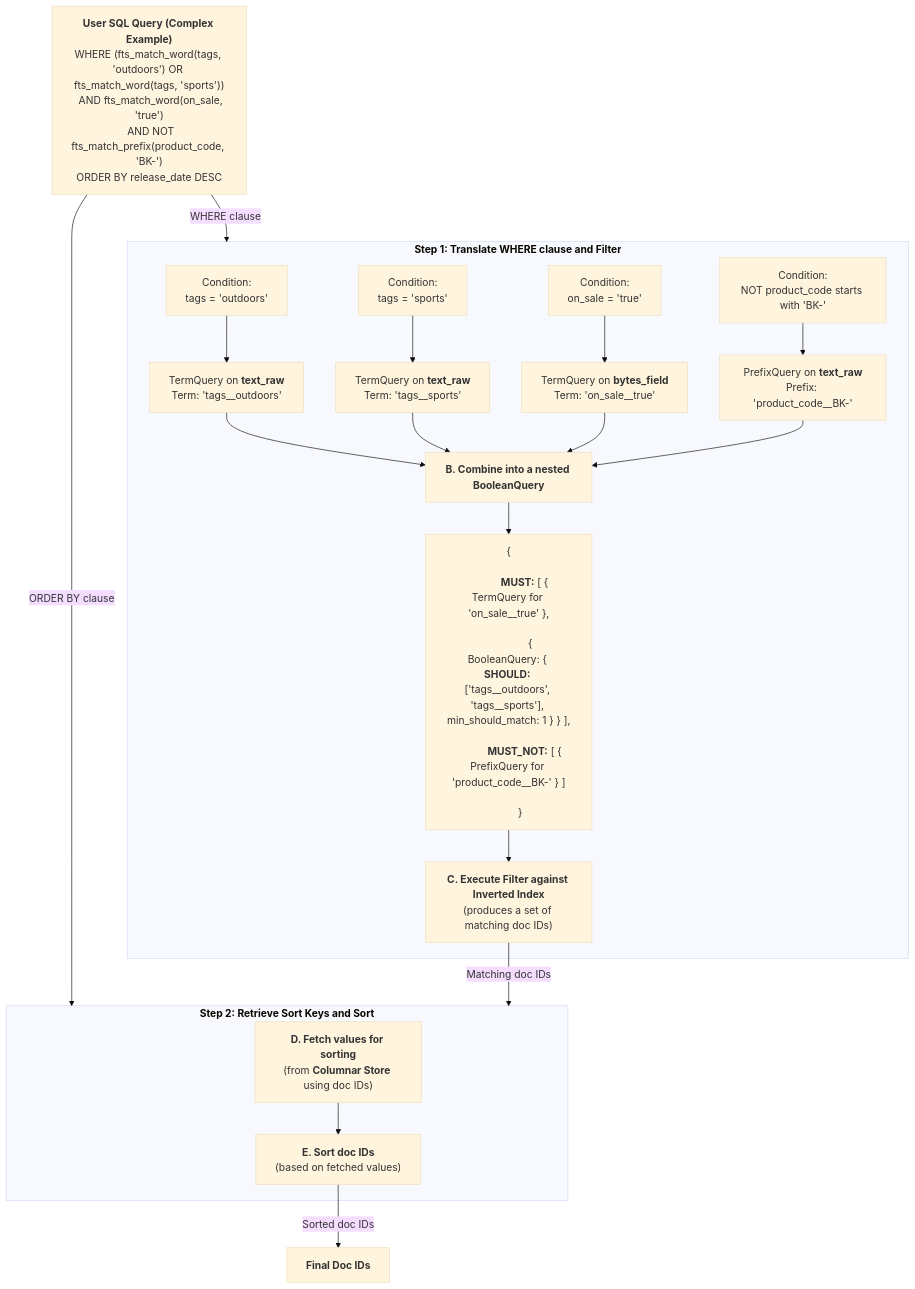
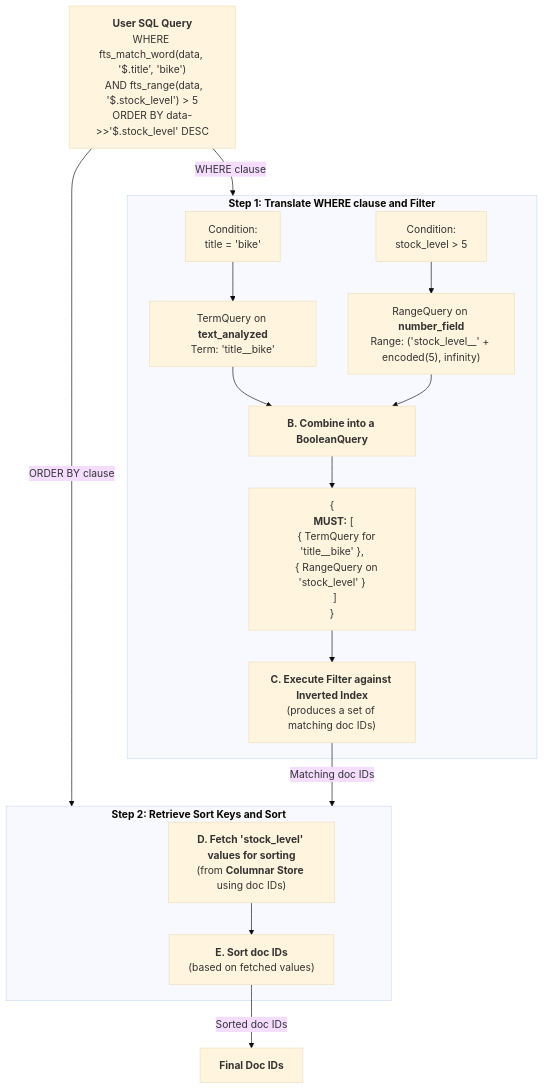
One commit to kolafish/tantivy changed the second of 3 diagrams in TiCI_JSON_Support_Proposal.md. Above: the diagram before and after it, drawn with Mermaid (base theme). The commit also changed other lines of this file, not shown here.

````diff
--- a/TiCI_JSON_Support_Proposal.md
+++ b/TiCI_JSON_Support_Proposal.md
@@ -192,37 +141,29 @@
 ```mermaid
 graph TD
-    A["<b>User SQL Query (Complex Example)</b><br/>WHERE (fts_match_word(tags, 'outdoors') OR fts_match_word(tags, 'sports'))<br/>  AND fts_match_word(on_sale, 'true')<br/>  AND NOT fts_match_prefix(product_code, 'BK-')<br/>ORDER BY release_date DESC"]
+    A["<b>User SQL Query</b><br/>WHERE fts_match_word(data, '$.title', 'bike')<br/>  AND fts_range(data, '$.stock_level') > 5<br/>ORDER BY data->>'$.stock_level' DESC"]
 
     A -- "WHERE clause" --> Step1_Subgraph
     A -- "ORDER BY clause" --> Step2_Subgraph
 
     subgraph Step1_Subgraph ["<b>Step 1: Translate WHERE clause and Filter</b>"]
-        C["Condition:<br/>tags = 'outdoors'"] --> C_Out["TermQuery on <b>text_raw</b><br/>Term: 'tags__outdoors'"]
-        D["Condition:<br/>tags = 'sports'"] --> D_Out["TermQuery on <b>text_raw</b><br/>Term: 'tags__sports'"]
-        E["Condition:<br/>on_sale = 'true'"] --> E_Out["TermQuery on <b>bytes_field</b><br/>Term: 'on_sale__true'"]
-        F["Condition:<br/>NOT product_code starts with 'BK-'"] --> F_Out["PrefixQuery on <b>text_raw</b><br/>Prefix: 'product_code__BK-'"]
+        C["Condition:<br/>title = 'bike'"] --> C_Out["TermQuery on <b>text_analyzed</b><br/>Term: 'title__bike'"]
+        D["Condition:<br/>stock_level > 5"] --> D_Out["RangeQuery on <b>number_field</b><br/>Range: ('stock_level__' + encoded(5), infinity)"]
+        
+        C_Out --> G["<b>B. Combine into a BooleanQuery</b>"]
+        D_Out --> G
 
-        C_Out --> G["<b>B. Combine into a nested BooleanQuery</b>"]
-        D_Out --> G
-        E_Out --> G
-        F_Out --> G
-
-        G --> H["{<br/>
-          &nbsp;&nbsp;<b>MUST:</b> [ { TermQuery for 'on_sale__true' },<br/>
-            &nbsp;&nbsp;&nbsp;&nbsp;{ BooleanQuery: { <b>SHOULD:</b> ['tags__outdoors', 'tags__sports'], min_should_match: 1 } } ],<br/>
-          &nbsp;&nbsp;<b>MUST_NOT:</b> [ { PrefixQuery for 'product_code__BK-' } ]<br/>
-        }"]
+        G --> H["{<br/>&nbsp;&nbsp;<b>MUST:</b> [ <br/>&nbsp;&nbsp;&nbsp;&nbsp;{ TermQuery for 'title__bike' },<br/>&nbsp;&nbsp;&nbsp;&nbsp;{ RangeQuery on 'stock_level' }<br/>&nbsp;&nbsp;]<br/>}"]
         
         H --> I["<b>C. Execute Filter against Inverted Index</b><br/>(produces a set of matching doc IDs)"]
     end
 
     I -- "Matching doc IDs" --> Step2_Subgraph
 
     subgraph Step2_Subgraph ["<b>Step 2: Retrieve Sort Keys and Sort</b>"]
-        K["<b>D. Fetch values for sorting</b><br/>(from <b>Columnar Store</b> using doc IDs)"]
+        K["<b>D. Fetch 'stock_level' values for sorting</b><br/>(from <b>Columnar Store</b> using doc IDs)"]
         L["<b>E. Sort doc IDs</b><br/>(based on fetched values)"]
         K --> L
     end
 
     L -- "Sorted doc IDs" --> J["<b>Final Doc IDs</b>"]
 ```
````
